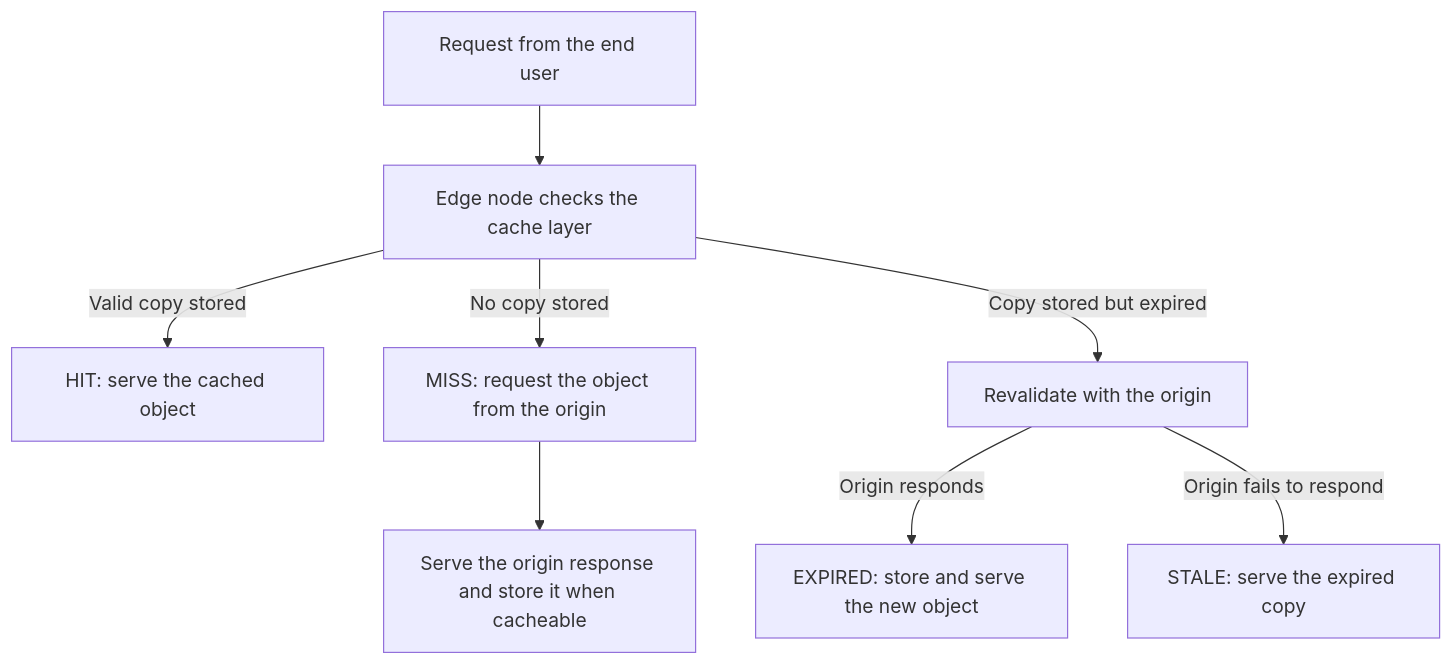
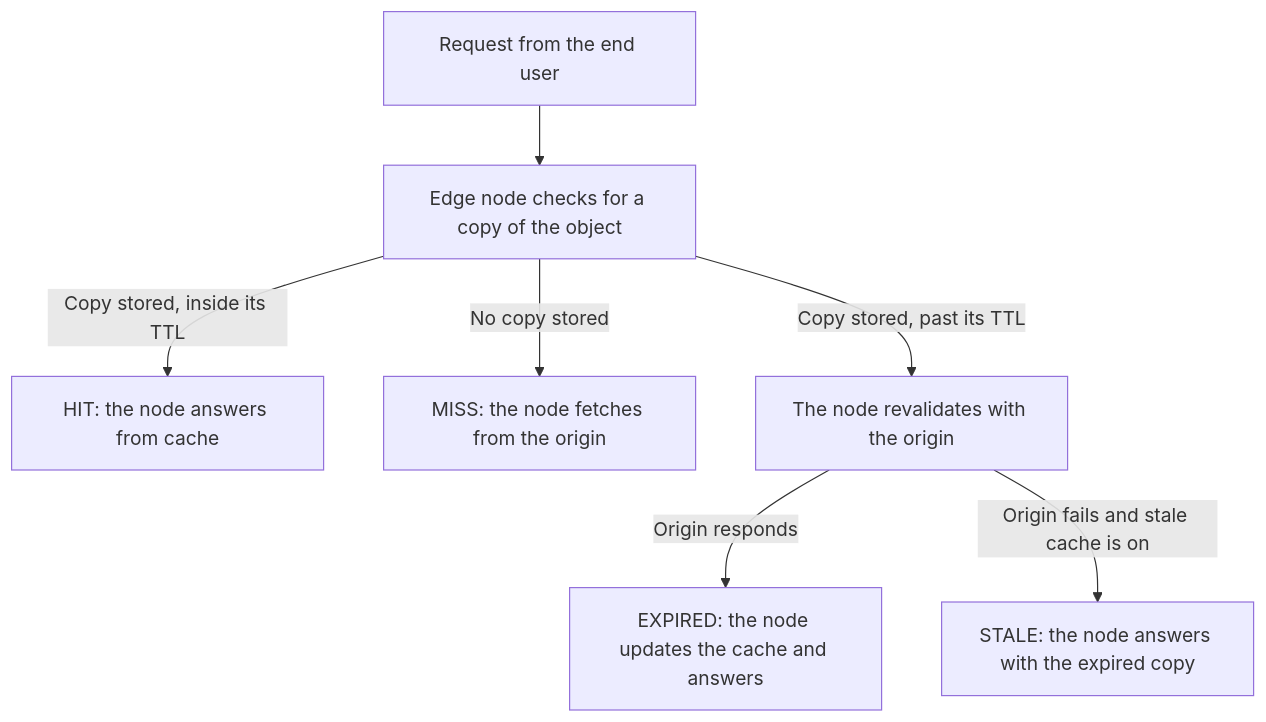
Before and after one commit to souzavinny/azion-docs: the diagram in src/content/docs/en/pages/main-menu/reference/build/edge-application/cache-how-it-works.mdx, drawn with Mermaid. The commit also changed other lines of this file and 7 other files, not shown here.

````diff
--- a/src/content/docs/en/pages/main-menu/reference/build/edge-application/cache-how-it-works.mdx
+++ b/src/content/docs/en/pages/main-menu/reference/build/edge-application/cache-how-it-works.mdx
@@ -22,10 +23,9 @@
 ```mermaid
 flowchart TD
-  A["Request from the end user"] --> B["Edge node checks the cache layer"]
-  B -->|"Valid copy stored"| C["HIT: serve the cached object"]
-  B -->|"No copy stored"| D["MISS: request the object from the origin"]
-  B -->|"Copy stored but expired"| E["Revalidate with the origin"]
-  D --> F["Serve the origin response and store it when cacheable"]
-  E -->|"Origin responds"| G["EXPIRED: store and serve the new object"]
-  E -->|"Origin fails to respond"| H["STALE: serve the expired copy"]
+  A["Request from the end user"] --> B["Edge node checks for a copy of the object"]
+  B -->|"Copy stored, inside its TTL"| C["HIT: the node answers from cache"]
+  B -->|"No copy stored"| D["MISS: the node fetches from the origin"]
+  B -->|"Copy stored, past its TTL"| E["The node revalidates with the origin"]
+  E -->|"Origin responds"| F["EXPIRED: the node updates the cache and answers"]
+  E -->|"Origin fails and stale cache is on"| G["STALE: the node answers with the expired copy"]
 ```
````
